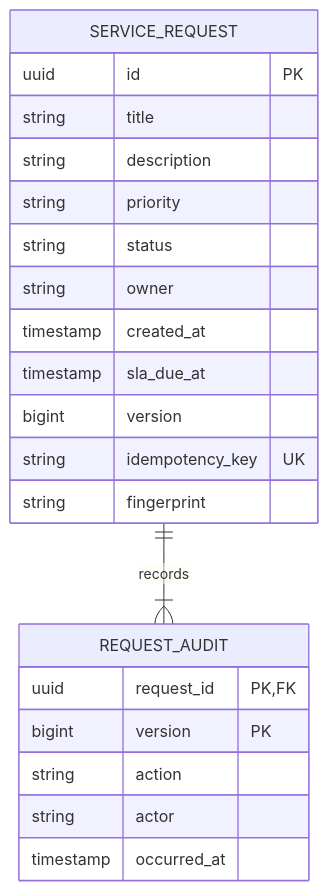
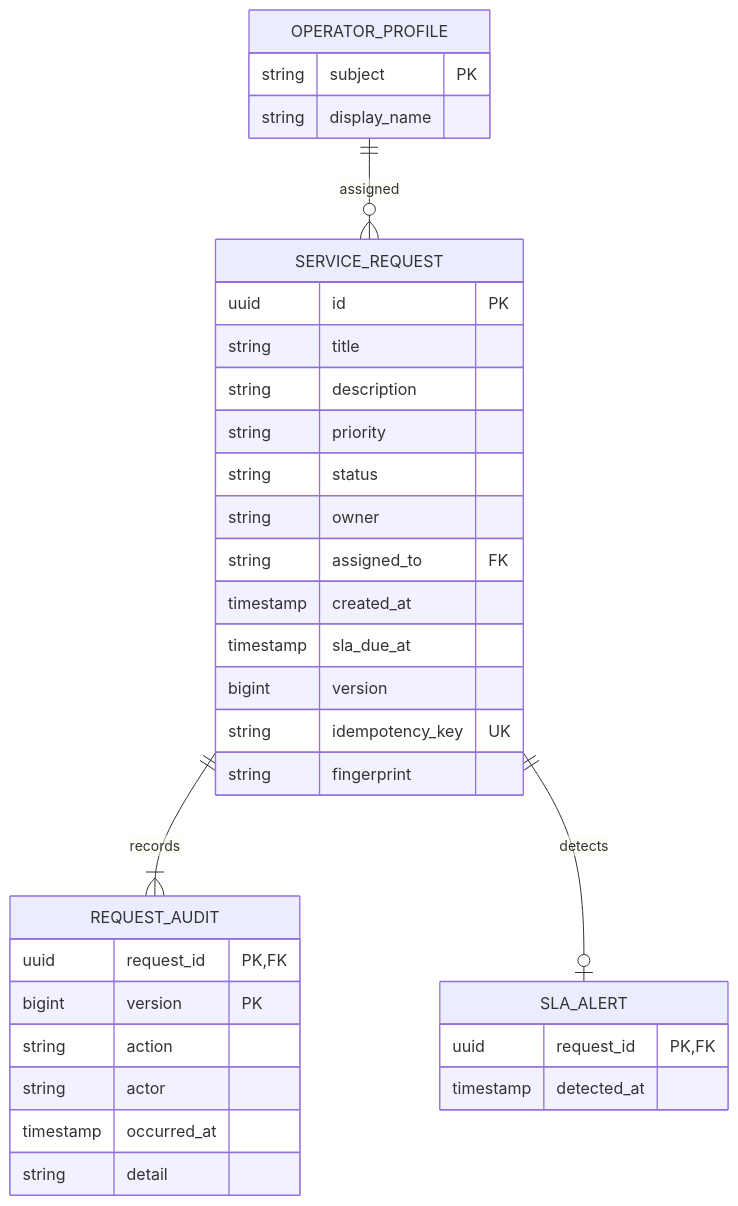
One commit to jorgefprietol/service-request-platform changed the second of 3 diagrams in docs/architecture.md. Above: the diagram before and after it, drawn with Mermaid. The commit also changed other lines of this file and 35 other files, not shown here.

````diff
--- a/docs/architecture.md
+++ b/docs/architecture.md
@@ -75,24 +75,36 @@
 ```mermaid
 erDiagram
     SERVICE_REQUEST ||--|{ REQUEST_AUDIT : records
     SERVICE_REQUEST {
         uuid id PK
         string title
         string description
         string priority
         string status
         string owner
+        string assigned_to FK
         timestamp created_at
         timestamp sla_due_at
         bigint version
         string idempotency_key UK
         string fingerprint
     }
     REQUEST_AUDIT {
         uuid request_id PK,FK
         bigint version PK
         string action
         string actor
         timestamp occurred_at
+        string detail
+    }
+    OPERATOR_PROFILE ||--o{ SERVICE_REQUEST : assigned
+    SERVICE_REQUEST ||--o| SLA_ALERT : detects
+    OPERATOR_PROFILE {
+        string subject PK
+        string display_name
+    }
+    SLA_ALERT {
+        uuid request_id PK,FK
+        timestamp detected_at
     }
 ```
````
